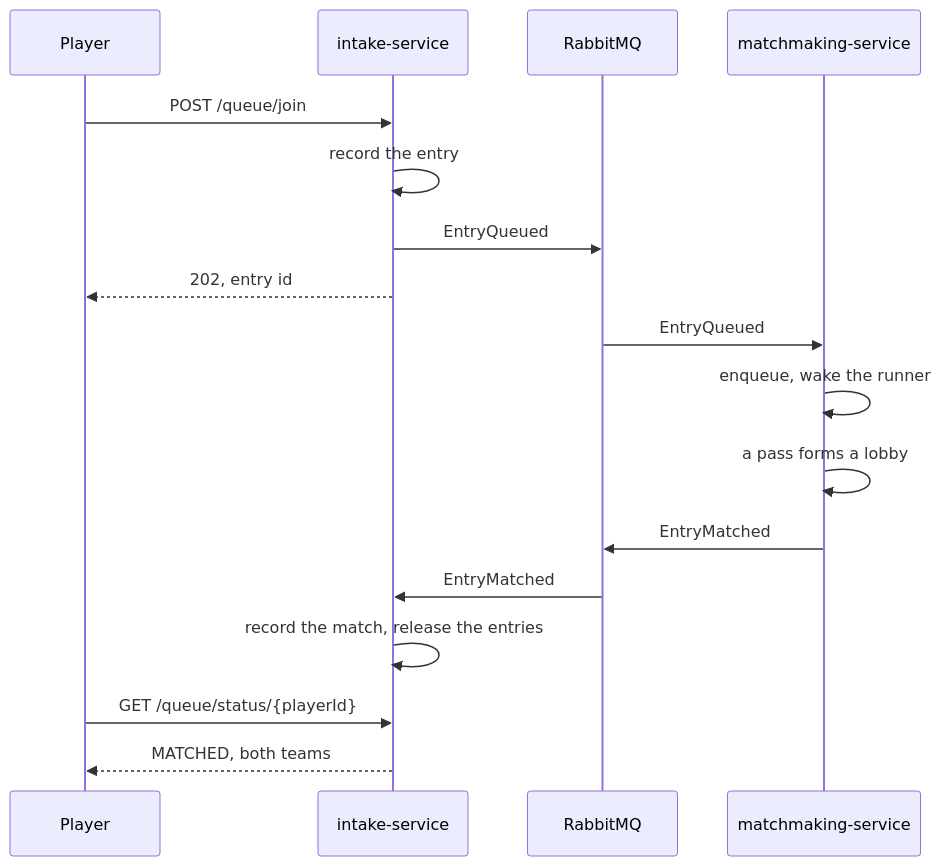
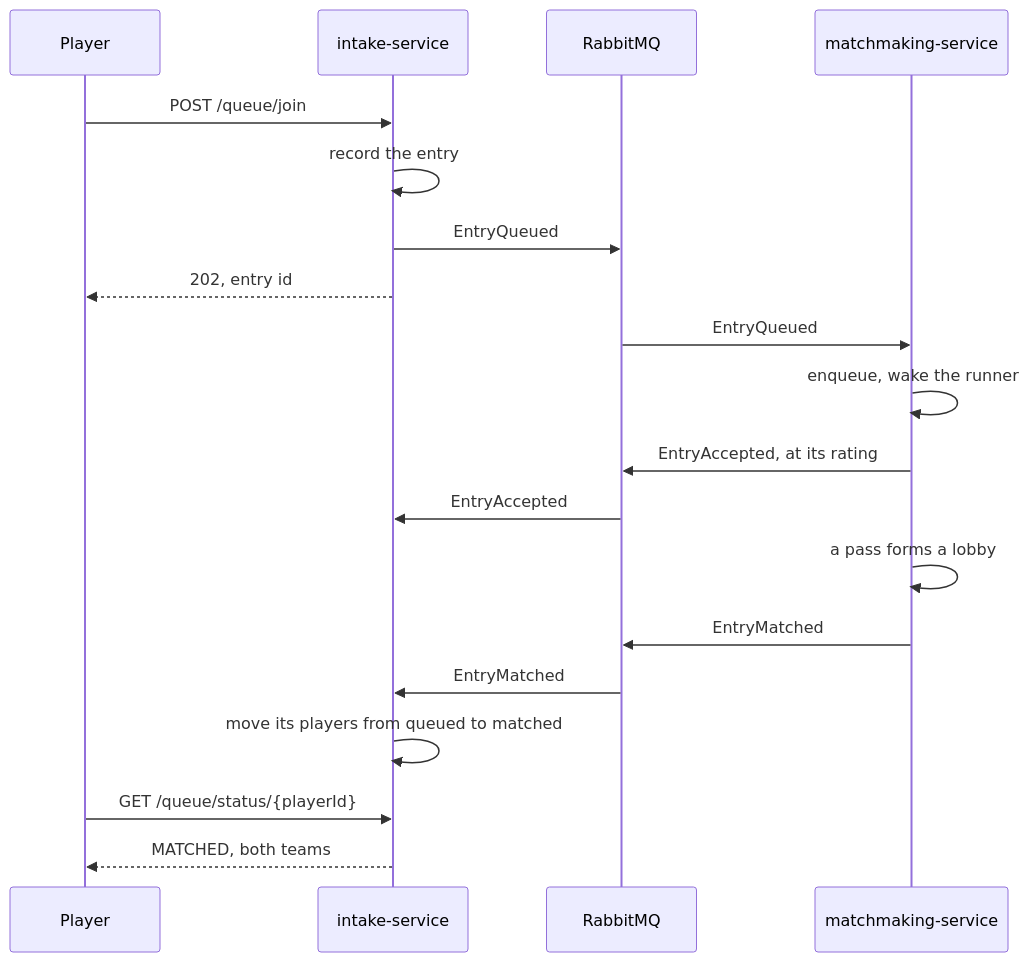
Before and after one commit to Amrovv/match3d: the second of 6 diagrams in docs/project-extended-description.md, drawn with Mermaid. The commit also changed other lines of this file and 2 other files, not shown here.

````diff
--- a/docs/project-extended-description.md
+++ b/docs/project-extended-description.md
@@ -26,20 +113,22 @@
 ```mermaid
 sequenceDiagram
     participant P as Player
     participant I as intake-service
     participant Q as RabbitMQ
     participant M as matchmaking-service
 
     P->>I: POST /queue/join
     I->>I: record the entry
     I->>Q: EntryQueued
     I-->>P: 202, entry id
     Q->>M: EntryQueued
     M->>M: enqueue, wake the runner
+    M->>Q: EntryAccepted, at its rating
+    Q->>I: EntryAccepted
     M->>M: a pass forms a lobby
     M->>Q: EntryMatched
     Q->>I: EntryMatched
-    I->>I: record the match, release the entries
+    I->>I: move its players from queued to matched
     P->>I: GET /queue/status/{playerId}
     I-->>P: MATCHED, both teams
 ```
````
